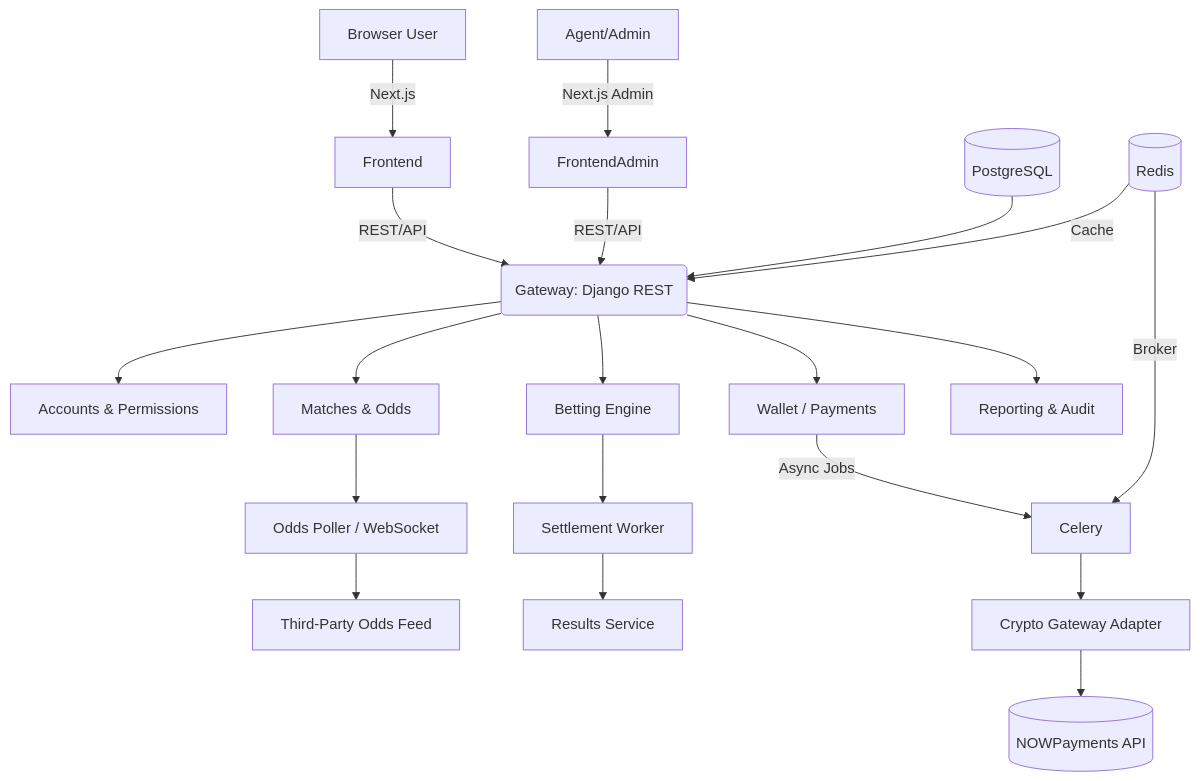
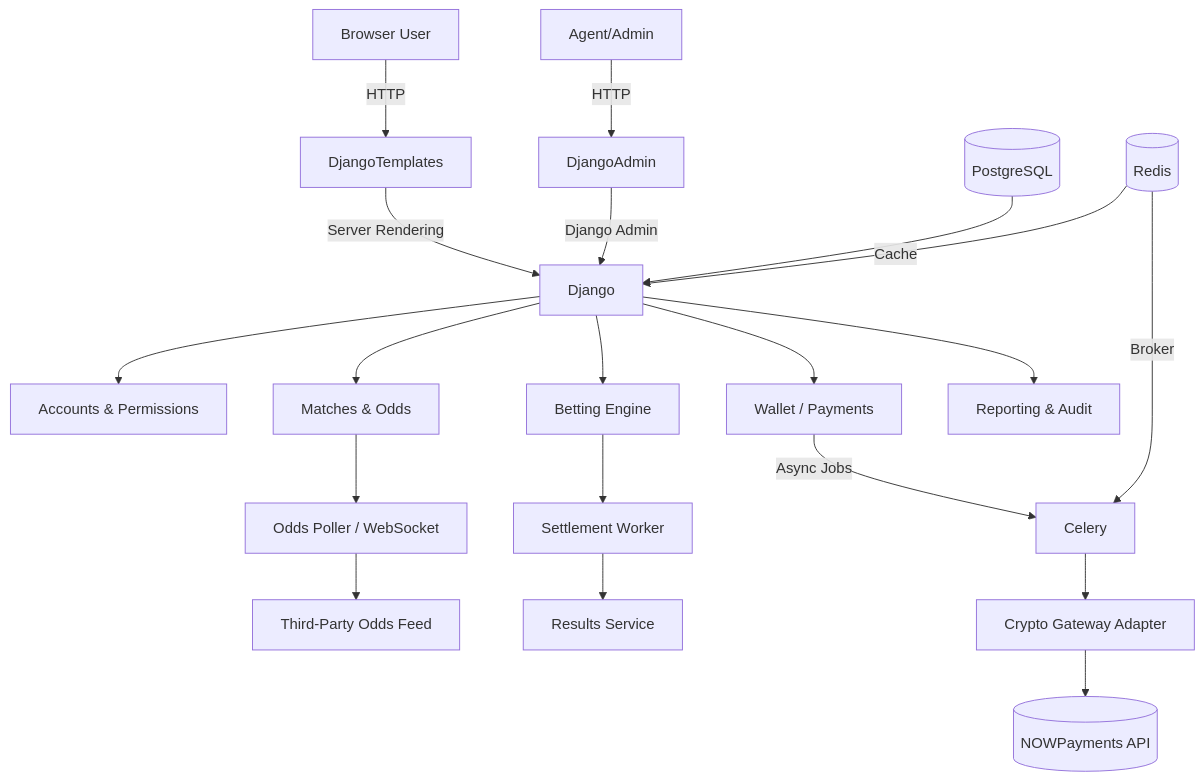
Before and after one commit to nomanayubb/quickpaybet: the diagram in docs/SYSTEM_ARCHITECTURE.md, drawn with Mermaid. The commit also changed other lines of this file and 9 other files, not shown here.

```diff
--- a/docs/SYSTEM_ARCHITECTURE.md
+++ b/docs/SYSTEM_ARCHITECTURE.md
@@ -4,27 +4,28 @@
 ~~~mermaid
 graph TD
-    User[Browser User] -->|Next.js| Frontend
-    Agent/Admin -->|Next.js Admin| FrontendAdmin
+    User[Browser User] -->|HTTP| DjangoTemplates
+    Agent/Admin -->|HTTP| DjangoAdmin
 
-    Frontend -->|REST/API| API(Gateway: Django REST)
-    FrontendAdmin -->|REST/API| API
-    API --> Auth[Accounts & Permissions]
-    API --> Matches[Matches & Odds]
-    API --> Bets[Betting Engine]
-    API --> Wallet[Wallet / Payments]
-    API --> Reports[Reporting & Audit]
+    DjangoTemplates -->|Server Rendering| Django
+    DjangoAdmin -->|Django Admin| Django
+
+    Django --> Auth[Accounts & Permissions]
+    Django --> Matches[Matches & Odds]
+    Django --> Bets[Betting Engine]
+    Django --> Wallet[Wallet / Payments]
+    Django --> Reports[Reporting & Audit]
 
     Wallet -->|Async Jobs| Celery
     Celery --> Payments[Crypto Gateway Adapter]
     Payments --> NOWPayments[(NOWPayments API)]
 
     Matches --> OddsIngestor[Odds Poller / WebSocket]
     OddsIngestor --> OddsSource[Third-Party Odds Feed]
 
     Bets --> Settlement[Settlement Worker]
     Settlement --> Results[Results Service]
 
-    Database[(PostgreSQL)] --> API
-    Redis[(Redis)] -->|Cache| API
+    Database[(PostgreSQL)] --> Django
+    Redis[(Redis)] -->|Cache| Django
     Redis[(Redis)] -->|Broker| Celery
 ~~~
```
